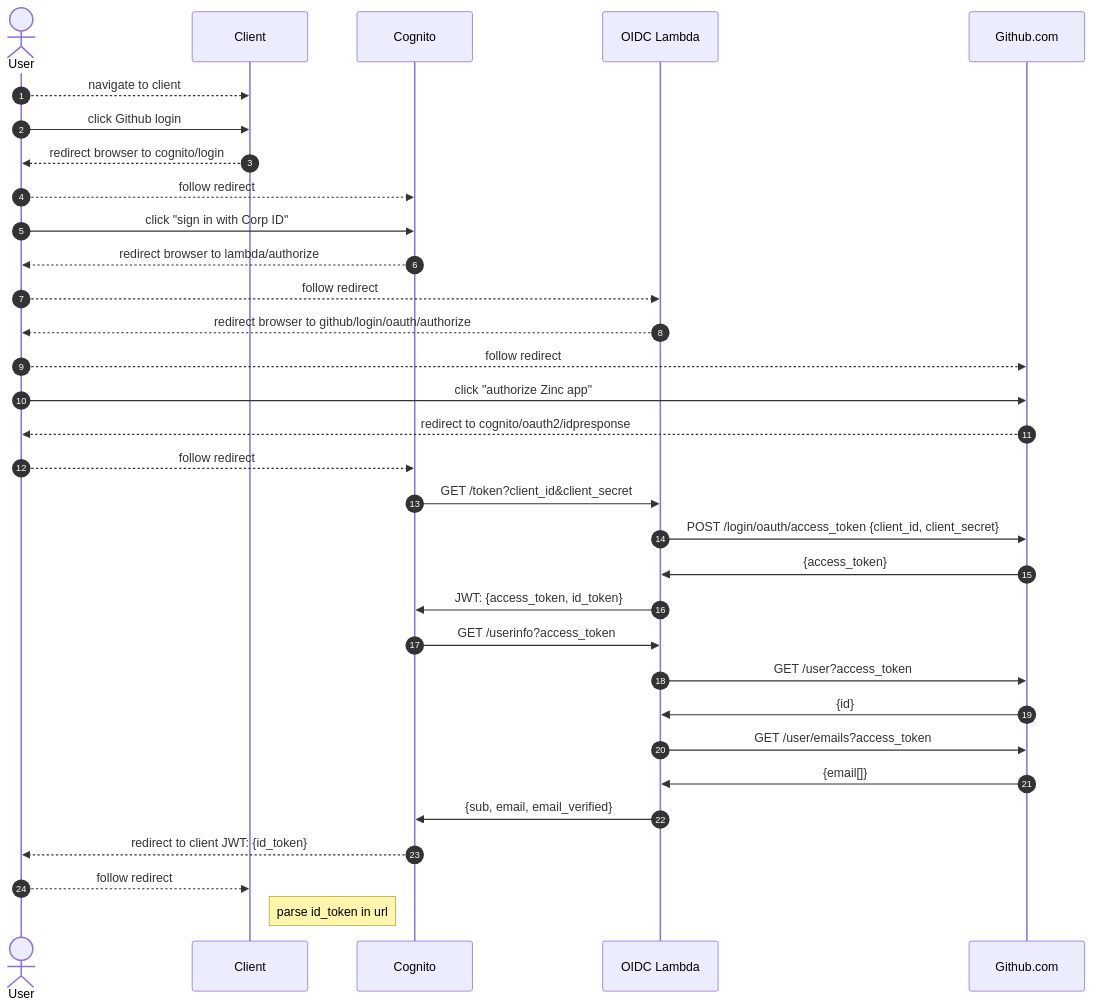
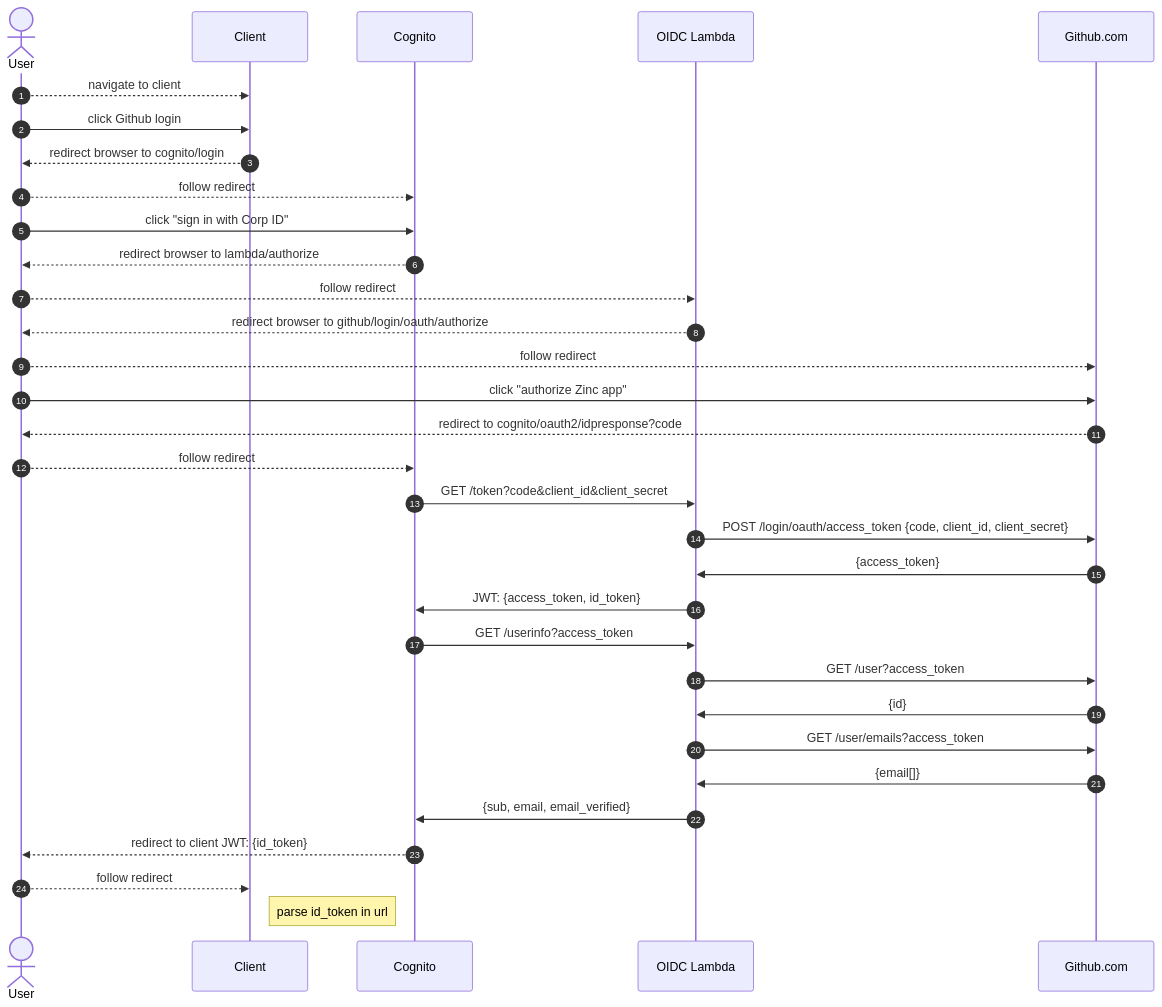
The diagram in aws-infra/lambda/doc/cognito-github.md (shorn/zinc), drawn with Mermaid before and after one commit.

````diff
--- a/aws-infra/lambda/doc/cognito-github.md
+++ b/aws-infra/lambda/doc/cognito-github.md
@@ -47,36 +47,36 @@
 ```mermaid
 sequenceDiagram
     autonumber
     actor user as User
     participant client as Client
     participant cognito as Cognito
     participant lambda as OIDC Lambda
     participant github as Github.com
     
     user-->>client: navigate to client
     user->>client: click Github login
     client-->>user: redirect browser to cognito/login
     user-->>cognito: follow redirect
     user->>cognito: click "sign in with Corp ID"
     cognito-->>user: redirect browser to lambda/authorize
     user-->>lambda: follow redirect
     lambda-->>user: redirect browser to github/login/oauth/authorize
     user-->>github: follow redirect
     user->>github: click "authorize Zinc app"
-    github-->>user: redirect to cognito/oauth2/idpresponse
+    github-->>user: redirect to cognito/oauth2/idpresponse?code
     user-->>cognito: follow redirect
-    cognito->>lambda: GET /token?client_id&client_secret
-    lambda->>github: POST /login/oauth/access_token {client_id, client_secret}
+    cognito->>lambda: GET /token?code&client_id&client_secret
+    lambda->>github: POST /login/oauth/access_token {code, client_id, client_secret}
     github->>lambda: {access_token}
     lambda->>cognito: JWT: {access_token, id_token}
     cognito->>lambda: GET /userinfo?access_token
     lambda->>github: GET /user?access_token
     github->>lambda: {id}
     lambda->>github: GET /user/emails?access_token
     github->>lambda: {email[]}
     lambda->>cognito: {sub, email, email_verified}
     cognito-->>user: redirect to client JWT: {id_token}
     user-->>client: follow redirect
     Note right of client: parse id_token in url
 
 ```
````
